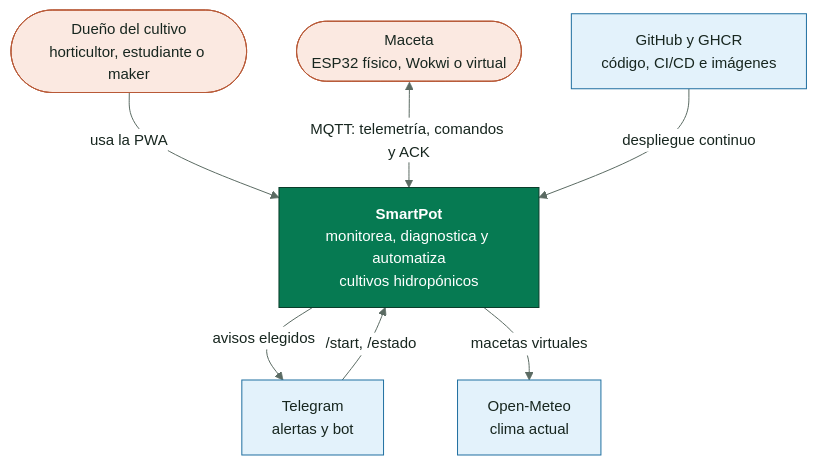
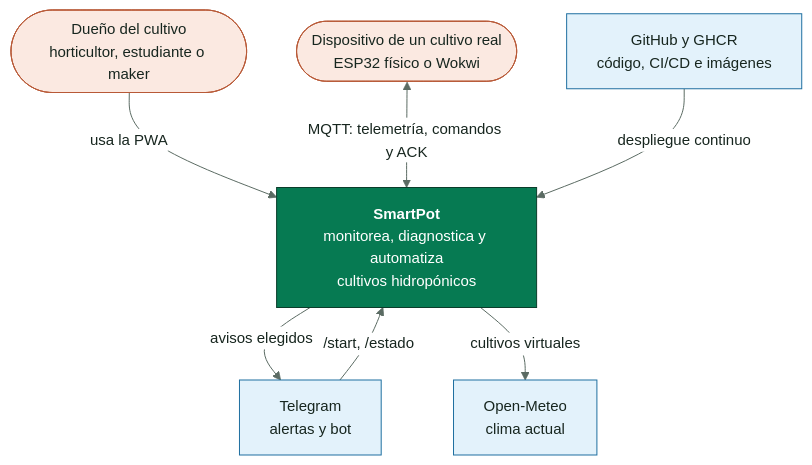
Diagram 13 of 36 in docs/SmartPot_Software_Lifecycle.md (SmartPotTech/.github), drawn with Mermaid before and after one commit. The commit also changed other lines of this file, not shown here.

````diff
--- a/docs/SmartPot_Software_Lifecycle.md
+++ b/docs/SmartPot_Software_Lifecycle.md
@@ -933,26 +935,26 @@
 ```mermaid
 %%{init: {"theme": "base", "fontFamily": "Segoe UI, Arial, sans-serif", "themeVariables": {"fontFamily": "Segoe UI, Arial, sans-serif", "fontSize": "15px", "primaryColor": "#DDF5EA", "primaryTextColor": "#17261F", "primaryBorderColor": "#067A52", "secondaryColor": "#E3F2FB", "secondaryTextColor": "#17261F", "secondaryBorderColor": "#1F6FA0", "tertiaryColor": "#F2F7F4", "tertiaryTextColor": "#17261F", "tertiaryBorderColor": "#D5E3DC", "lineColor": "#5B6B63", "textColor": "#17261F", "mainBkg": "#DDF5EA", "nodeBorder": "#067A52", "clusterBkg": "#F7FAF8", "clusterBorder": "#D5E3DC", "edgeLabelBackground": "#FFFFFF", "actorBkg": "#067A52", "actorBorder": "#0B3D2B", "actorTextColor": "#FFFFFF", "actorLineColor": "#5B6B63", "signalColor": "#17261F", "signalTextColor": "#17261F", "labelBoxBkgColor": "#0B3D2B", "labelBoxBorderColor": "#0B3D2B", "labelTextColor": "#FFFFFF", "loopTextColor": "#0B3D2B", "noteBkgColor": "#FDF4DD", "noteBorderColor": "#C98D12", "noteTextColor": "#17261F", "activationBkgColor": "#DDF5EA", "activationBorderColor": "#067A52", "attributeBackgroundColorOdd": "#FFFFFF", "attributeBackgroundColorEven": "#F2F7F4"}}}%%
 flowchart TB
   persona(["Dueño del cultivo<br/>horticultor, estudiante o maker"])
   smartpot["<b>SmartPot</b><br/>monitorea, diagnostica y automatiza<br/>cultivos hidropónicos"]
-  maceta(["Maceta<br/>ESP32 físico, Wokwi o virtual"])
+  maceta(["Dispositivo de un cultivo real<br/>ESP32 físico o Wokwi"])
   telegram["Telegram<br/>alertas y bot"]
   clima["Open-Meteo<br/>clima actual"]
   github["GitHub y GHCR<br/>código, CI/CD e imágenes"]
   persona -->|"usa la PWA"| smartpot
   maceta <-->|"MQTT: telemetría, comandos y ACK"| smartpot
   smartpot -->|"avisos elegidos"| telegram
   telegram -->|"/start, /estado"| smartpot
-  smartpot -->|"macetas virtuales"| clima
+  smartpot -->|"cultivos virtuales"| clima
   github -->|"despliegue continuo"| smartpot
   classDef leaf fill:#DDF5EA,stroke:#067A52,color:#17261F
   classDef water fill:#E3F2FB,stroke:#1F6FA0,color:#17261F
   classDef sun fill:#FDF4DD,stroke:#C98D12,color:#17261F
   classDef clay fill:#FBE9E1,stroke:#B85A38,color:#17261F
   classDef core fill:#067A52,stroke:#0B3D2B,color:#FFFFFF
   classDef deep fill:#0B3D2B,stroke:#06281C,color:#FFFFFF
   classDef muted fill:#F2F7F4,stroke:#5B6B63,color:#17261F
   class persona,maceta clay
   class smartpot core
   class telegram,clima,github water
 ```
````
